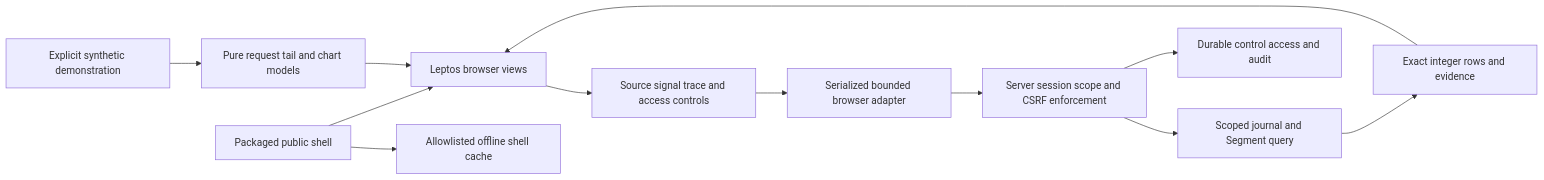
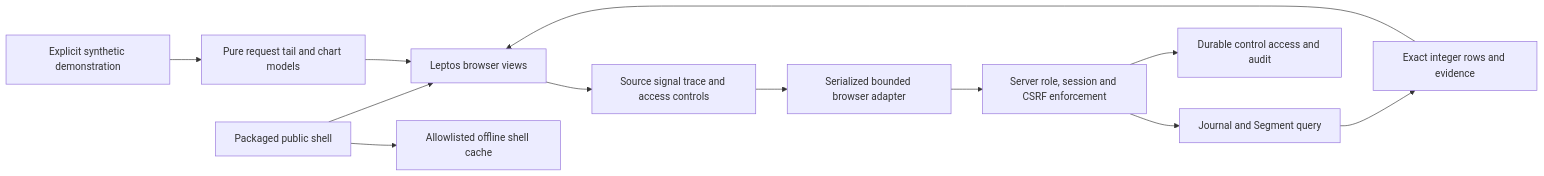
The diagram in docs/diagrams/operator-console.mmd (kmosoti/FabricO11y), drawn with Mermaid before and after one commit. The commit also changed 14 other files, not shown here.

```diff
--- a/docs/diagrams/operator-console.mmd
+++ b/docs/diagrams/operator-console.mmd
@@ -1,12 +1,12 @@
 flowchart LR
     Assets[Packaged public shell] --> Views[Leptos browser views]
     Assets --> Cache[Allowlisted offline shell cache]
     Fixture[Explicit synthetic demonstration] --> Model[Pure request tail and chart models]
     Model --> Views
     Views --> Controls[Source signal trace and access controls]
     Controls --> Client[Serialized bounded browser adapter]
-    Client --> Policy[Server session scope and CSRF enforcement]
-    Policy --> History[Scoped journal and Segment query]
+    Client --> Policy[Server role, session and CSRF enforcement]
+    Policy --> History[Journal and Segment query]
     Policy --> Control[Durable control access and audit]
     History --> Projection[Exact integer rows and evidence]
     Projection --> Views
```
